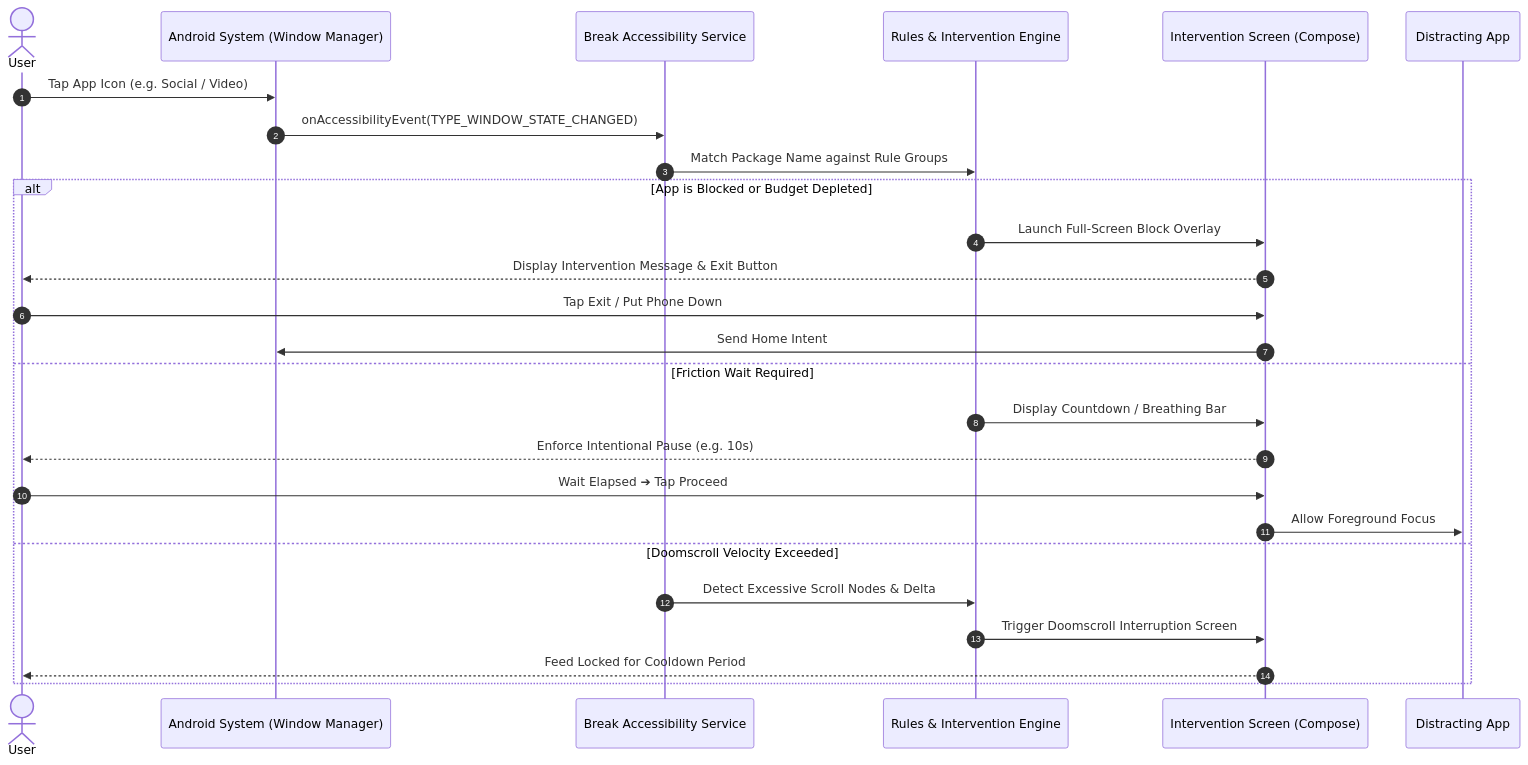
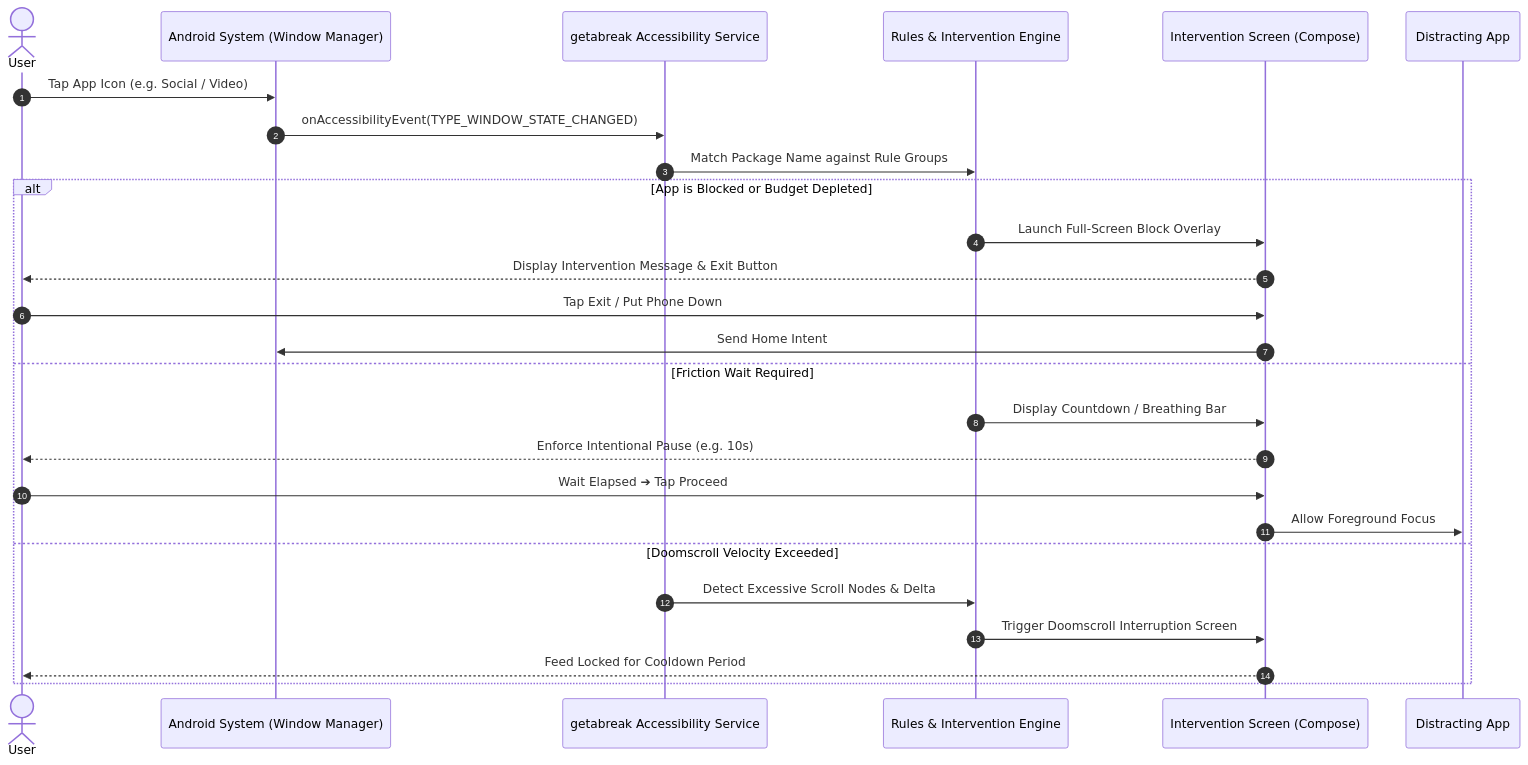
One commit to mizan989/getabreak-focus_app changed the diagram in README.md. Above: the diagram before and after it, drawn with Mermaid. The commit also changed other lines of this file and 17 other files, not shown here.

````diff
--- a/README.md
+++ b/README.md
@@ -76,29 +76,29 @@
 ```mermaid
 sequenceDiagram
     autonumber
     actor User
     participant OS as Android System (Window Manager)
-    participant Service as Break Accessibility Service
+    participant Service as getabreak Accessibility Service
     participant Engine as Rules & Intervention Engine
     participant Overlay as Intervention Screen (Compose)
     participant Target as Distracting App
 
     User->>OS: Tap App Icon (e.g. Social / Video)
     OS->>Service: onAccessibilityEvent(TYPE_WINDOW_STATE_CHANGED)
     Service->>Engine: Match Package Name against Rule Groups
     alt App is Blocked or Budget Depleted
         Engine->>Overlay: Launch Full-Screen Block Overlay
         Overlay-->>User: Display Intervention Message & Exit Button
         User->>Overlay: Tap Exit / Put Phone Down
         Overlay->>OS: Send Home Intent
     else Friction Wait Required
         Engine->>Overlay: Display Countdown / Breathing Bar
         Overlay-->>User: Enforce Intentional Pause (e.g. 10s)
         User->>Overlay: Wait Elapsed ➔ Tap Proceed
         Overlay->>Target: Allow Foreground Focus
     else Doomscroll Velocity Exceeded
         Service->>Engine: Detect Excessive Scroll Nodes & Delta
         Engine->>Overlay: Trigger Doomscroll Interruption Screen
         Overlay-->>User: Feed Locked for Cooldown Period
     end
 ```
````
